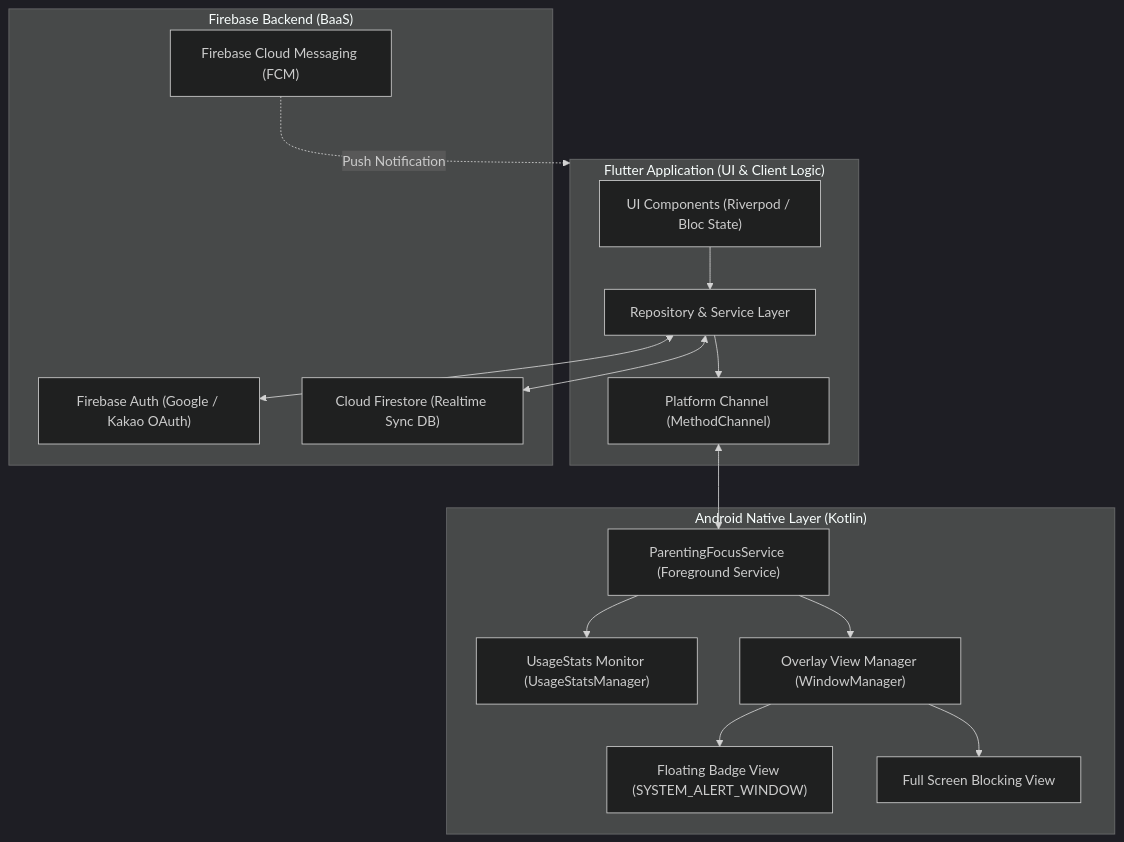
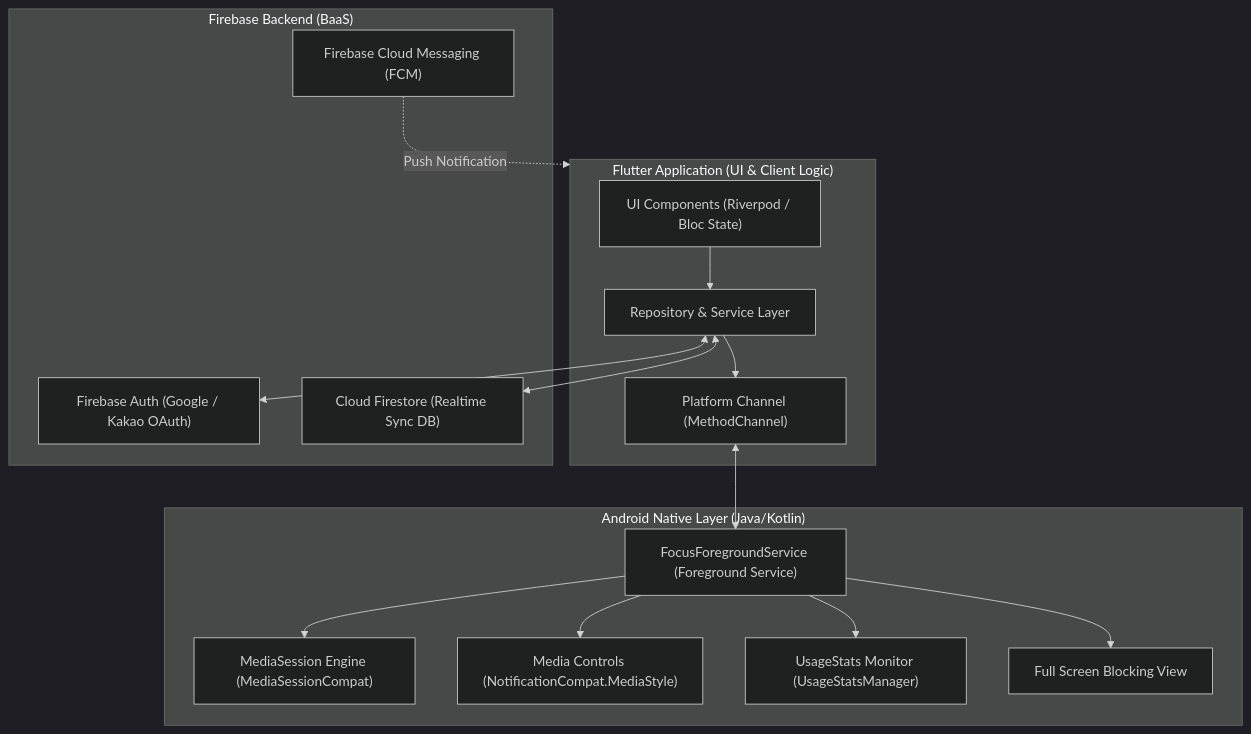
The first of 2 diagrams in docs/specs/architecture.md (Sqoff/for-my-kids), drawn with Mermaid (dark theme) before and after one commit. The commit also changed other lines of this file and 3 other files, not shown here.

Commit message:
docs(spec): document Android Media Notification and Media Controls specifications

````diff
--- a/docs/specs/architecture.md
+++ b/docs/specs/architecture.md
@@ -11,34 +11,34 @@
 ```mermaid
 flowchart TB
     subgraph FlutterApp["Flutter Application (UI & Client Logic)"]
         UI_Layer["UI Components (Riverpod / Bloc State)"]
         Repo_Layer["Repository & Service Layer"]
         NativeBridge["Platform Channel (MethodChannel)"]
     end
 
-    subgraph AndroidNative["Android Native Layer (Kotlin)"]
-        ForegroundService["ParentingFocusService (Foreground Service)"]
+    subgraph AndroidNative["Android Native Layer (Java/Kotlin)"]
+        ForegroundService["FocusForegroundService (Foreground Service)"]
+        MediaSessionEngine["MediaSession Engine (MediaSessionCompat)"]
+        MediaControlsView["Media Controls (NotificationCompat.MediaStyle)"]
         UsageTracker["UsageStats Monitor (UsageStatsManager)"]
-        OverlayManager["Overlay View Manager (WindowManager)"]
-        FloatingBadgeView["Floating Badge View (SYSTEM_ALERT_WINDOW)"]
         BlockingView["Full Screen Blocking View"]
     end
 
     subgraph CloudServices["Firebase Backend (BaaS)"]
         FirebaseAuth["Firebase Auth (Google / Kakao OAuth)"]
         FirestoreDB["Cloud Firestore (Realtime Sync DB)"]
         CloudMessaging["Firebase Cloud Messaging (FCM)"]
     end
 
     UI_Layer --> Repo_Layer
     Repo_Layer <--> FirestoreDB
     Repo_Layer <--> FirebaseAuth
     Repo_Layer --> NativeBridge
     CloudMessaging -. Push Notification .-> FlutterApp
 
     NativeBridge <--> ForegroundService
+    ForegroundService --> MediaSessionEngine
+    ForegroundService --> MediaControlsView
     ForegroundService --> UsageTracker
-    ForegroundService --> OverlayManager
-    OverlayManager --> FloatingBadgeView
-    OverlayManager --> BlockingView
+    ForegroundService --> BlockingView
 ```
````
